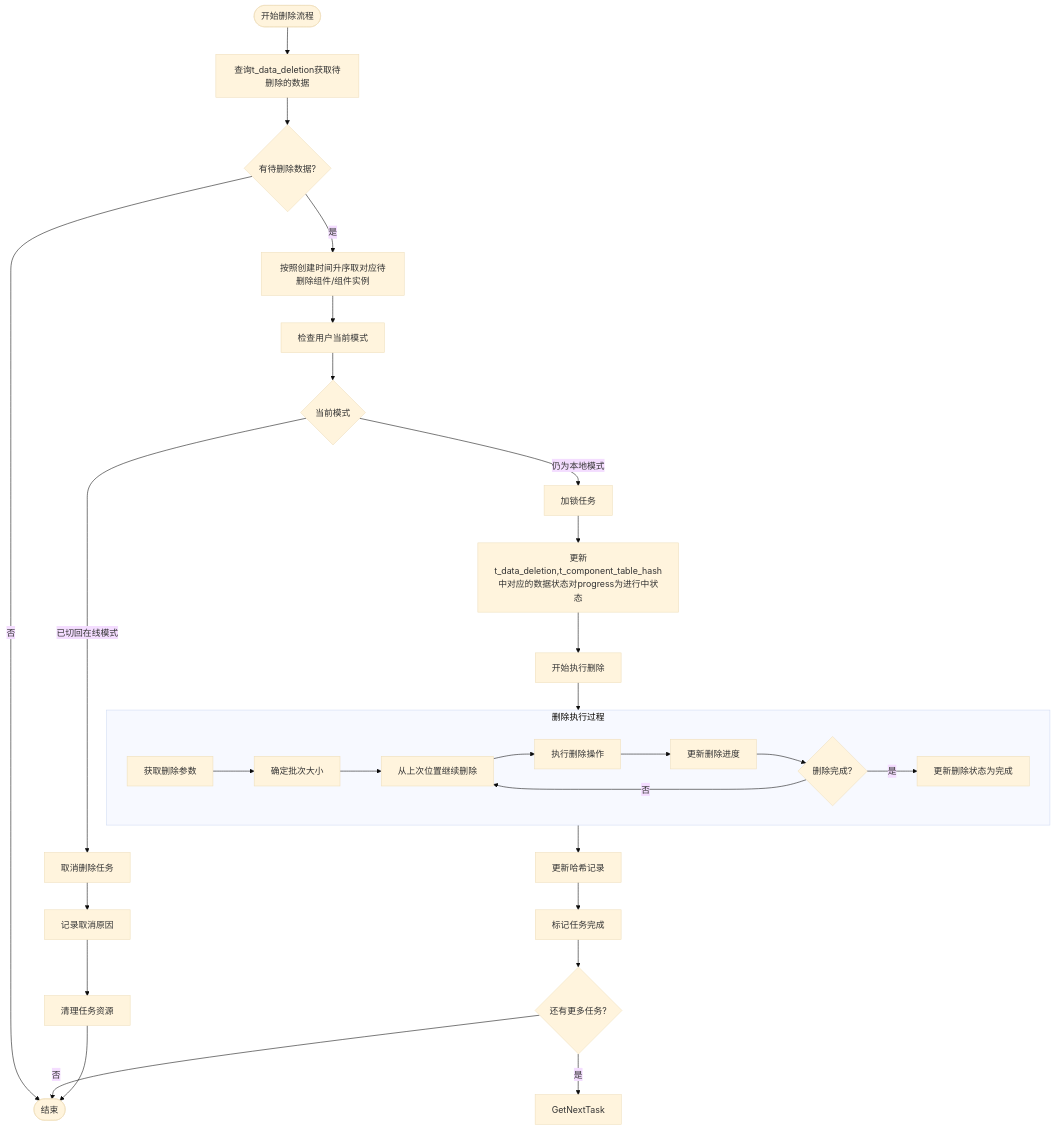
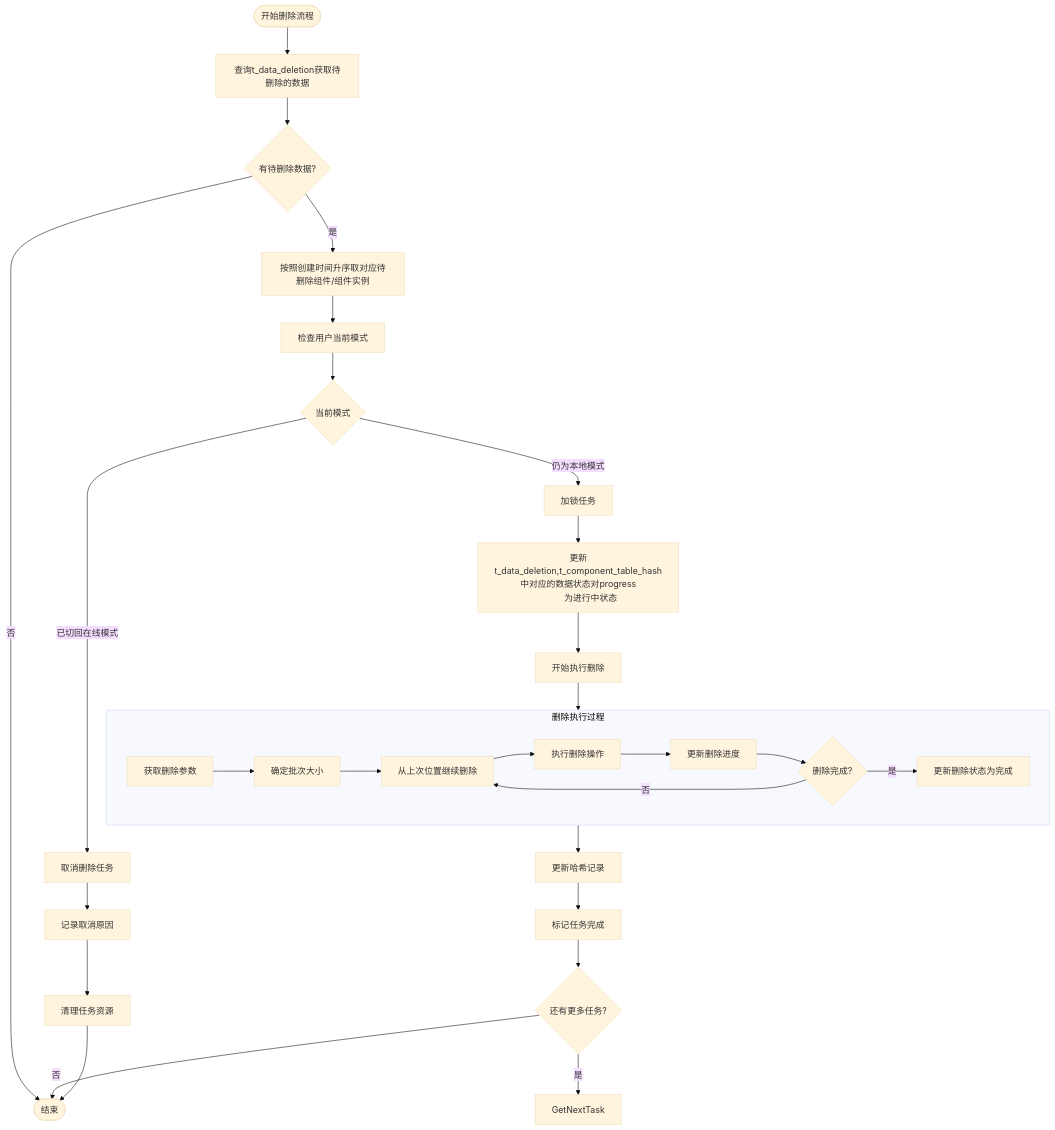
The diagram in all/未命名-51.md (yingjianzh/iodraw-files), drawn with Mermaid (base theme) before and after one commit.

Commit message:
2025-05-08 15:27:53 update

````diff
--- a/all/未命名-51.md
+++ b/all/未命名-51.md
@@ -1,41 +1,42 @@
 ```mermaid
 flowchart TD
     Start([开始删除流程]) --> FetchTasks[查询t_data_deletion获取待删除的数据]
     FetchTasks --> HasTasks{有待删除数据?}
     
     HasTasks -->|否| End([结束])
     HasTasks -->|是| PrioritizeTasks[按照创建时间升序取对应待删除组件/组件实例]
     
     PrioritizeTasks --> CheckUserMode[检查用户当前模式]
     
     CheckUserMode --> CurrentMode{当前模式}
     CurrentMode -->|已切回在线模式| TaskCancel[取消删除任务]
     CurrentMode -->|仍为本地模式| LockTask[加锁任务]
     
-    LockTask --> UpdateStatus[更新t_data_deletion,t_component_table_hash中对应的数据状态对progress为进行中状态]
+    LockTask --> UpdateStatus[更新t_data_deletion,t_component_table_hash中对应的数据状态对progress
+          为进行中状态]
     UpdateStatus --> BeginDeletion[开始执行删除]
     
     subgraph DeletionProcess [删除执行过程]
         A[获取删除参数] --> B[确定批次大小]
         B --> C[从上次位置继续删除]
         C --> D[执行删除操作]
         D --> E[更新删除进度]
         E --> F{删除完成?}
         F -->|否| C
         F -->|是| G[更新删除状态为完成]
     end
     
     BeginDeletion --> DeletionProcess
     
     DeletionProcess --> UpdateHashRecord[更新哈希记录]
     UpdateHashRecord --> MarkCompleted[标记任务完成]
     
     TaskCancel --> LogCancellation[记录取消原因]
     LogCancellation --> CleanupTask[清理任务资源]
     
     MarkCompleted --> CheckMoreTasks{还有更多任务?}
     CheckMoreTasks -->|是| GetNextTask
     CheckMoreTasks -->|否| End
     
     CleanupTask --> End
 ```
````
